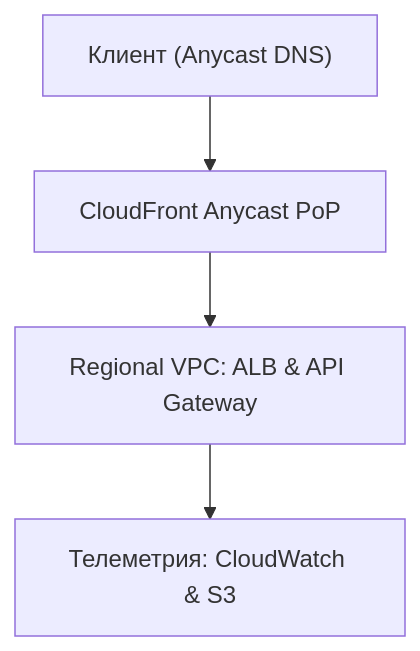
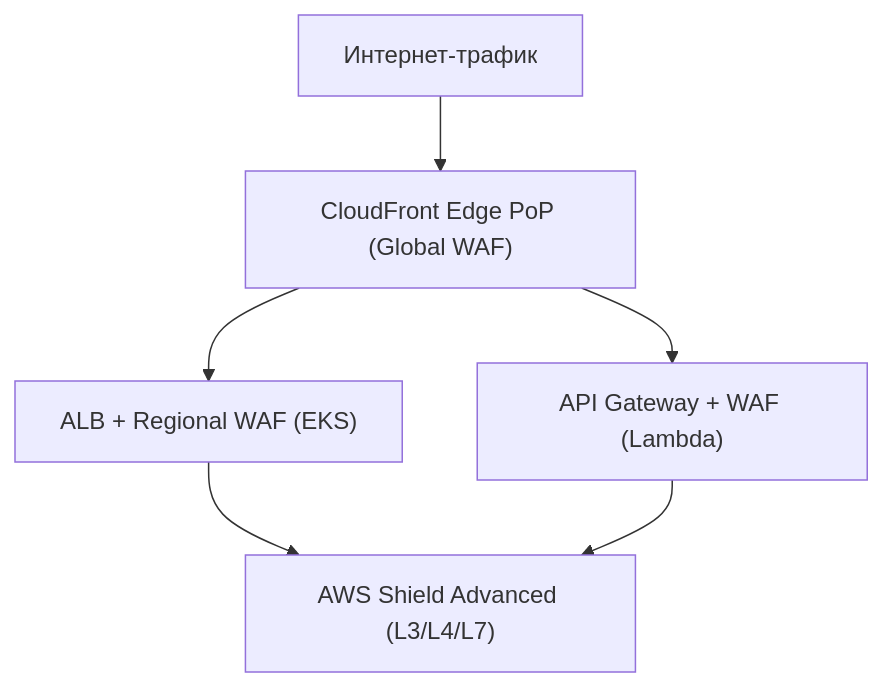
The diagram in diagrams/index-perimeter.mmd (y-kolyada/aws-waf), drawn with Mermaid before and after one commit. The commit also changed 35 other files, not shown here.

```diff
--- a/diagrams/index-perimeter.mmd
+++ b/diagrams/index-perimeter.mmd
@@ -1,4 +1,6 @@
 flowchart TD
-    Client["Клиент (Anycast DNS)"] --> Edge["CloudFront Anycast PoP"]
-    Edge --> Regional["Regional VPC: ALB & API Gateway"]
-    Regional --> Telemetry["Телеметрия: CloudWatch & S3"]
+    Traffic["Интернет-трафик"] --> CF["CloudFront Edge PoP (Global WAF)"]
+    CF --> ALB["ALB + Regional WAF (EKS)"]
+    CF --> APIGW["API Gateway + WAF (Lambda)"]
+    ALB --> Shield["AWS Shield Advanced (L3/L4/L7)"]
+    APIGW --> Shield
```
